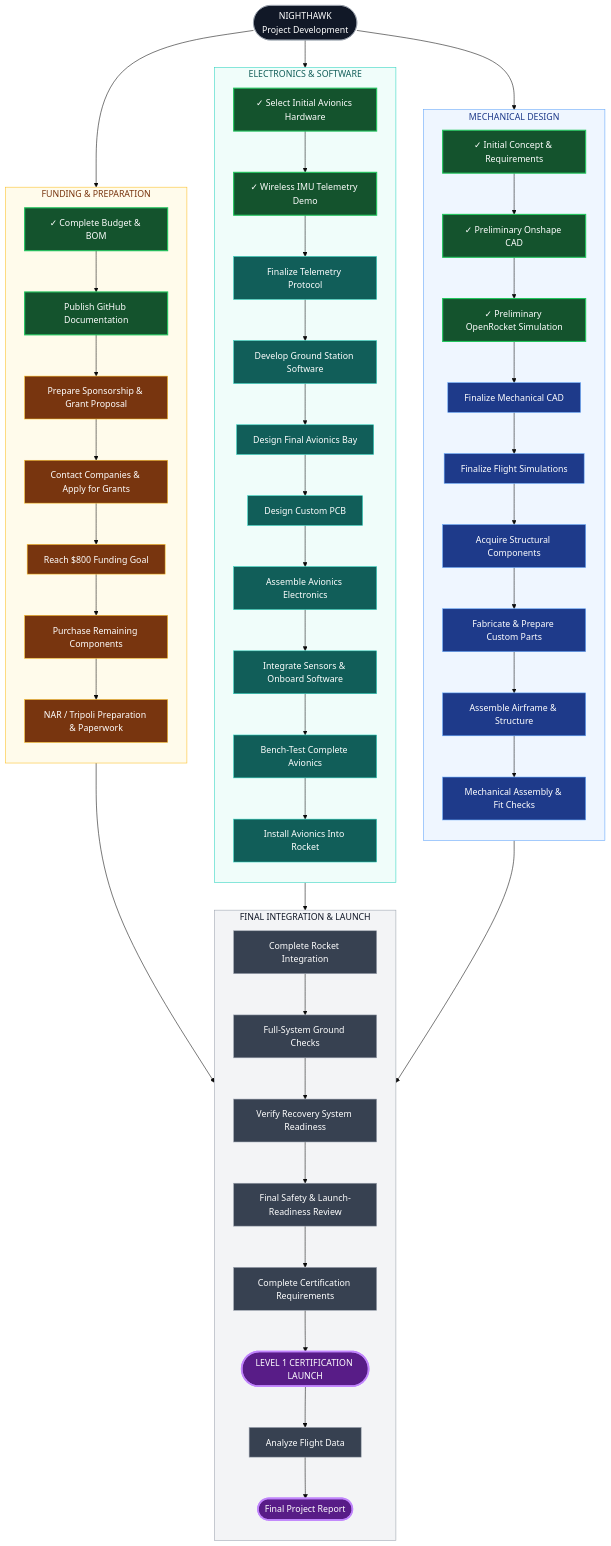
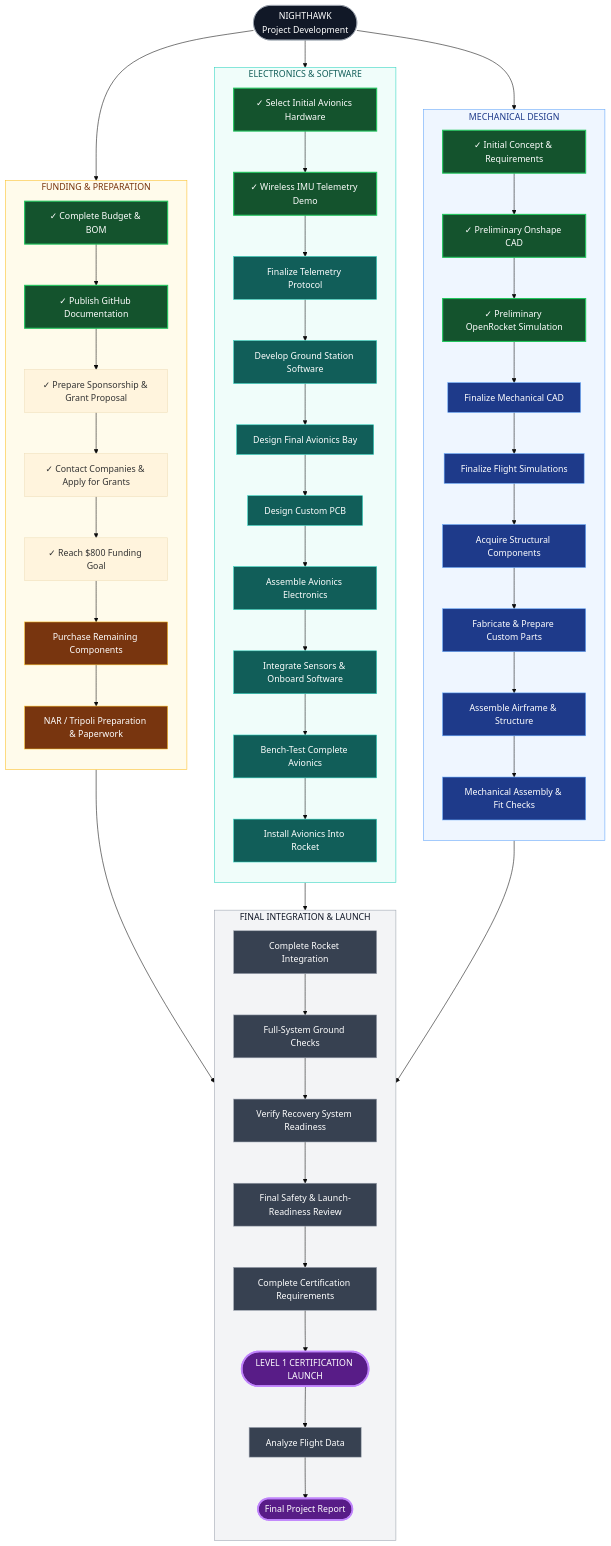
Before and after one commit to landonmaynard/nighthawk: the diagram in docs/ROADMAP.md, drawn with Mermaid (base theme). The commit also changed 8 other files, not shown here.

```diff
--- a/docs/ROADMAP.md
+++ b/docs/ROADMAP.md
@@ -46,10 +46,10 @@
     subgraph FUND["FUNDING & PREPARATION"]
         direction TB
         F1["✓ Complete Budget & BOM"]
-        F2["Publish GitHub Documentation"]
-        F3["Prepare Sponsorship & Grant Proposal"]
-        F4["Contact Companies & Apply for Grants"]
-        F5["Reach $800 Funding Goal"]
+        F2["✓ Publish GitHub Documentation"]
+        F3["✓ Prepare Sponsorship & Grant Proposal"]
+        F4["✓ Contact Companies & Apply for Grants"]
+        F5["✓ Reach $800 Funding Goal"]
         F6["Purchase Remaining Components"]
         F7["NAR / Tripoli Preparation & Paperwork"]
 
@@ -90,7 +90,7 @@
     class M1,M2,M3,E1,E2,F1,F2 complete
     class M4,M5,M6,M7,M8,M9 mechanical
     class E3,E4,E5,E6,E7,E8,E9,E10 electronics
-    class F3,F4,F5,F6,F7 funding
+    class F6,F7 funding
     class INTEGRATION,T1,T2,T3,T4,T5 final
     class LAUNCH,REPORT highlight
     class START start
```
